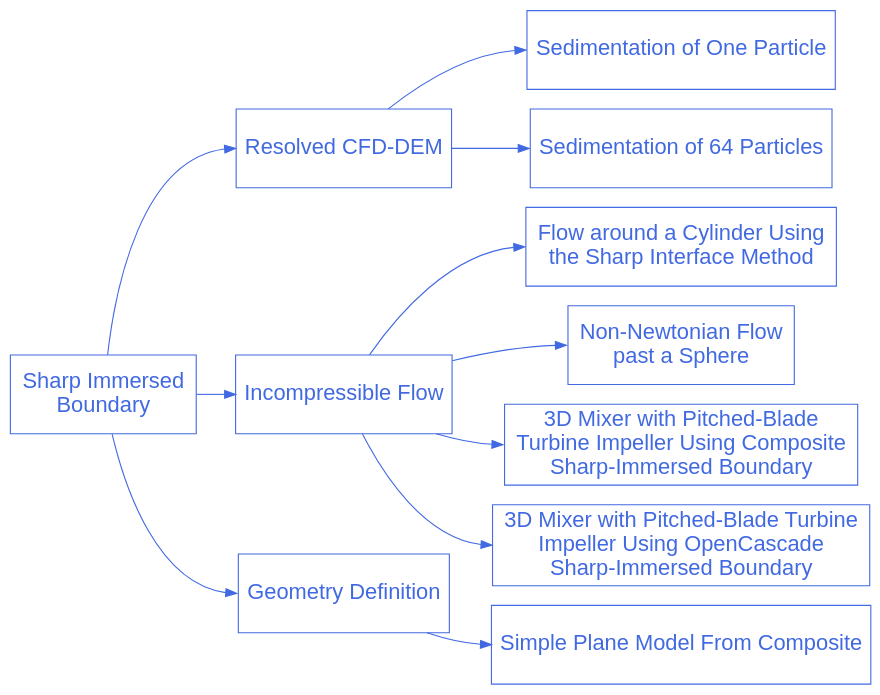
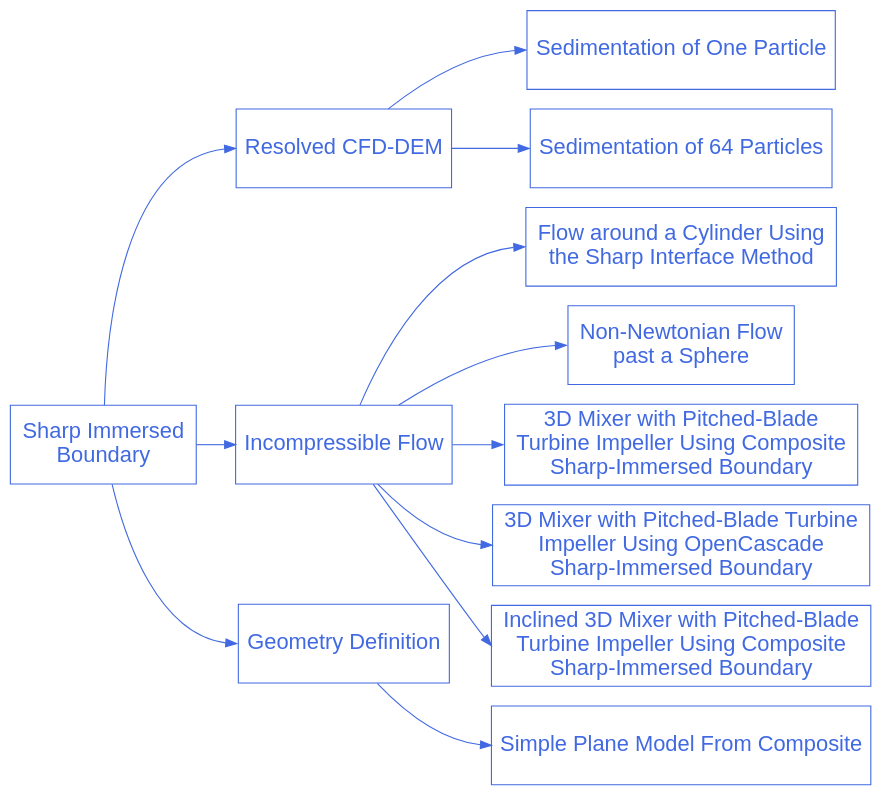
The diagram in doc/source/examples/sharp-immersed-boundary/sharp-immersed-boundary.rst (chaos-polymtl/lethe), drawn with Graphviz before and after one commit.

Commit message:
Add example to the example tree

```diff
--- a/doc/source/examples/sharp-immersed-boundary/sharp-immersed-boundary.rst
+++ b/doc/source/examples/sharp-immersed-boundary/sharp-immersed-boundary.rst
@@ -14,43 +14,46 @@
 .. graphviz:: 
 
     digraph sharp_diagram {
       graph [bgcolor="transparent", align=true];
       node [fontname=Arial, fontsize=20, shape=box, fontcolor=royalblue, color=royalblue, height=1];
       edge [color=royalblue];
       rankdir="LR";
       size = "9,9";
       
       sharp_immersed_boundary [label="Sharp Immersed \nBoundary", href="https://lethe-cfd.github.io/lethe/examples/sharp-immersed-boundary/sharp-immersed-boundary.html"];
 
       sharp_1 [label="Resolved CFD-DEM", href="https://lethe-cfd.github.io/lethe/examples/sharp-immersed-boundary/resolved-cfd-dem.html"];
 
       sharp_1_1 [label="Sedimentation of One Particle", href="https://lethe-cfd.github.io/lethe/examples/sharp-immersed-boundary/sedimentation-1-particle/sedimentation-1-particle.html"];
 
       sharp_1_2 [label="Sedimentation of 64 Particles", href="https://lethe-cfd.github.io/lethe/examples/sharp-immersed-boundary/sedimentation-64-particles/sedimentation-64-particles.html"];
 
       sharp_2 [label="Incompressible Flow", href="https://lethe-cfd.github.io/lethe/examples/sharp-immersed-boundary/incompressible-flow.html"];
 
       sharp_2_1 [label="Flow around a Cylinder Using \nthe Sharp Interface Method", href="https://lethe-cfd.github.io/lethe/examples/sharp-immersed-boundary/cylinder-with-sharp-interface/cylinder-with-sharp-interface.html", tooltip="Flow around a cylinder using the sharp interface method"];
 
       sharp_2_2 [label="Non-Newtonian Flow \npast a Sphere", href="https://lethe-cfd.github.io/lethe/examples/sharp-immersed-boundary/sphere-carreau-with-sharp-interface/sphere-carreau-with-sharp-interface.html", tooltip="Non-Newtonian flow past a sphere"];
 
       sharp_2_3 [label="3D Mixer with Pitched-Blade \nTurbine Impeller Using Composite \nSharp-Immersed Boundary", href="https://lethe-cfd.github.io/lethe/examples/sharp-immersed-boundary/3d-composite-mixer-with-pbt-impeller/3d-composite-mixer-with-pbt-impeller.html", tooltip="3D Mixer with pitched-blade turbine impeller using Composite Sharp-immersed boundary"];
 
       sharp_2_4 [label="3D Mixer with Pitched-Blade Turbine \nImpeller Using OpenCascade \nSharp-Immersed Boundary", href="https://lethe-cfd.github.io/lethe/examples/sharp-immersed-boundary/3d-opencascade-mixer-with-pbt-impeller/3d-opencascade-mixer-with-pbt-impeller.html", tooltip="3D Mixer with pitched-blade turbine impeller using OpenCascade Sharp-immersed boundary"];
       
+      sharp_2_5 [label="Inclined 3D Mixer with Pitched-Blade \nTurbine Impeller Using Composite \nSharp-Immersed Boundary", href="https://lethe-cfd.github.io/lethe/examples/sharp-immersed-boundary/inclined-3d-composite-mixer-with-pbt-impeller/inclined-3d-composite-mixer-with-pbt-impeller.html", tooltip="Inclined 3D mixer with pitched-blade turbine impeller using composite sharp-immersed boundary"];
+      
       sharp_3 [label="Geometry Definition", href="https://lethe-cfd.github.io/lethe/examples/sharp-immersed-boundary/geometry-definition.html"];
       
       sharp_3_1 [label="Simple Plane Model From Composite", href="https://lethe-cfd.github.io/lethe/examples/sharp-immersed-boundary/sharp-immersed-boundary/simple-plane-model-from-composite.html", tooltip="Simple Plane Model From Composite"];
 
       sharp_immersed_boundary -> sharp_1:w;
       sharp_immersed_boundary -> sharp_2:w;
       sharp_immersed_boundary -> sharp_3:w;
 
       sharp_1 -> sharp_1_1:w;
       sharp_1 -> sharp_1_2:w;
       sharp_2 -> sharp_2_1:w;
       sharp_2 -> sharp_2_2:w;
       sharp_2 -> sharp_2_3:w;
       sharp_2 -> sharp_2_4:w;
+      sharp_2 -> sharp_2_5:w;
       sharp_3 -> sharp_3_1:w;
     }
```
